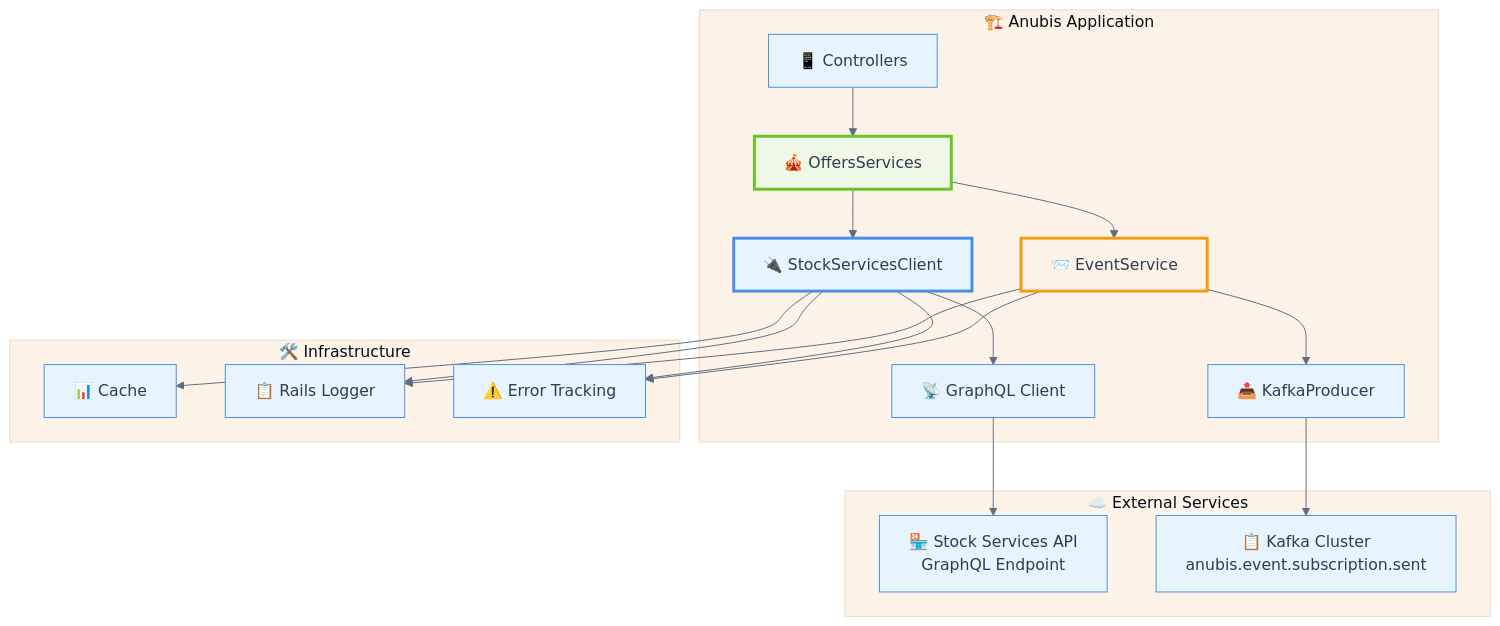
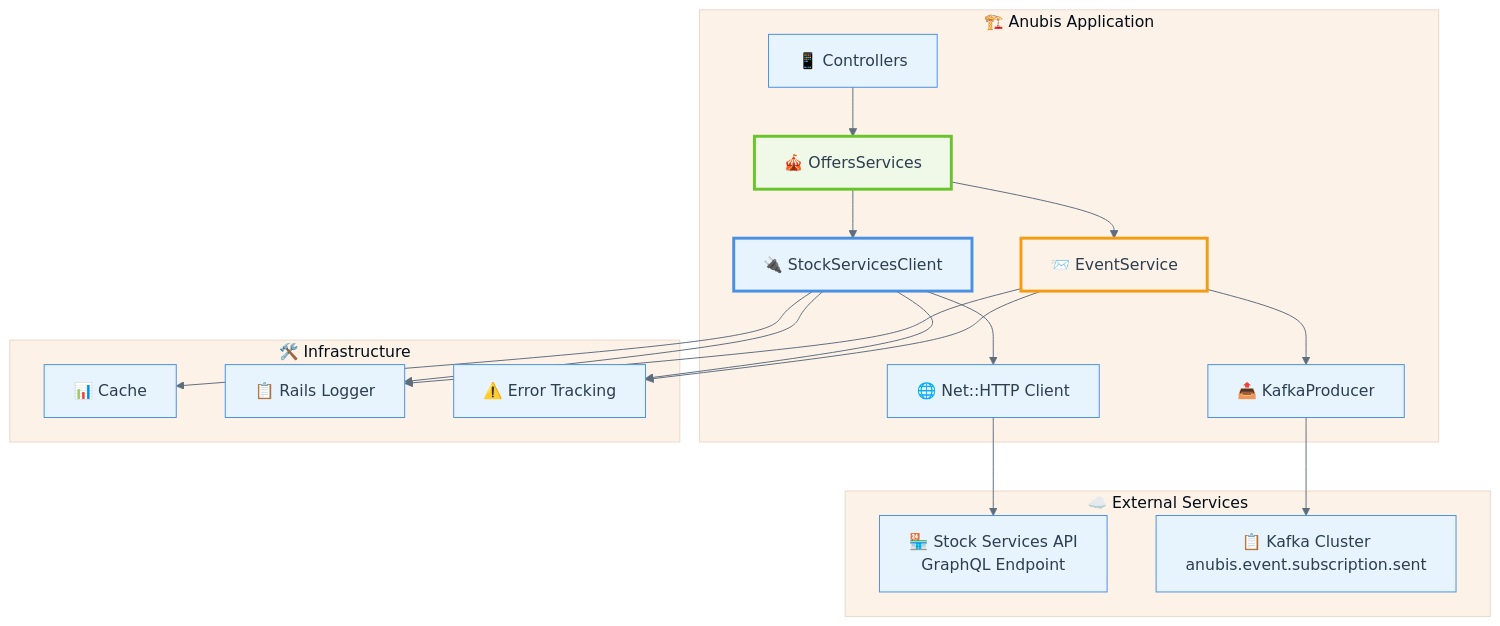
Before and after one commit to enogrob/project-qeevo-anubis: the third of 6 diagrams in inputs/started-requirements.md, drawn with Mermaid. The commit also changed other lines of this file, not shown here.

````diff
--- a/inputs/started-requirements.md
+++ b/inputs/started-requirements.md
@@ -238,46 +236,46 @@
 ```mermaid
 %%{init: {
   'theme':'base',
   'themeVariables': {
     'primaryColor':'#E8F4FD',
     'primaryBorderColor':'#4A90E2',
     'primaryTextColor':'#2C3E50',
     'secondaryColor':'#F0F8E8',
     'tertiaryColor':'#FDF2E8',
     'quaternaryColor':'#F8E8F8',
     'lineColor':'#5D6D7E',
     'fontFamily':'Inter,Segoe UI,Arial'
   }
 }}%%
 graph TD
     subgraph "🏗️ Anubis Application"
         A[📱 Controllers] --> B[🎪 OffersServices]
         B --> C[🔌 StockServicesClient]
-        C --> D[📡 GraphQL Client]
+        C --> D[🌐 Net::HTTP Client]
         B --> E[📨 EventService]
         E --> F[📤 KafkaProducer]
     end
     
     subgraph "☁️ External Services"
         G[🏪 Stock Services API<br/>GraphQL Endpoint]
         H[📋 Kafka Cluster<br/>anubis.event.subscription.sent]
     end
     
     subgraph "🛠️ Infrastructure"
         I[📊 Cache]
         J[📋 Rails Logger]
         K[⚠️ Error Tracking]
     end
     
     D --> G
     F --> H
     C --> I
     C --> J
     E --> J
     C --> K
     E --> K
     
     style C fill:#E8F4FD,stroke:#4A90E2,stroke-width:3px
     style B fill:#F0F8E8,stroke:#67C52A,stroke-width:3px
     style E fill:#FDF2E8,stroke:#F39C12,stroke-width:3px
 ```
````
